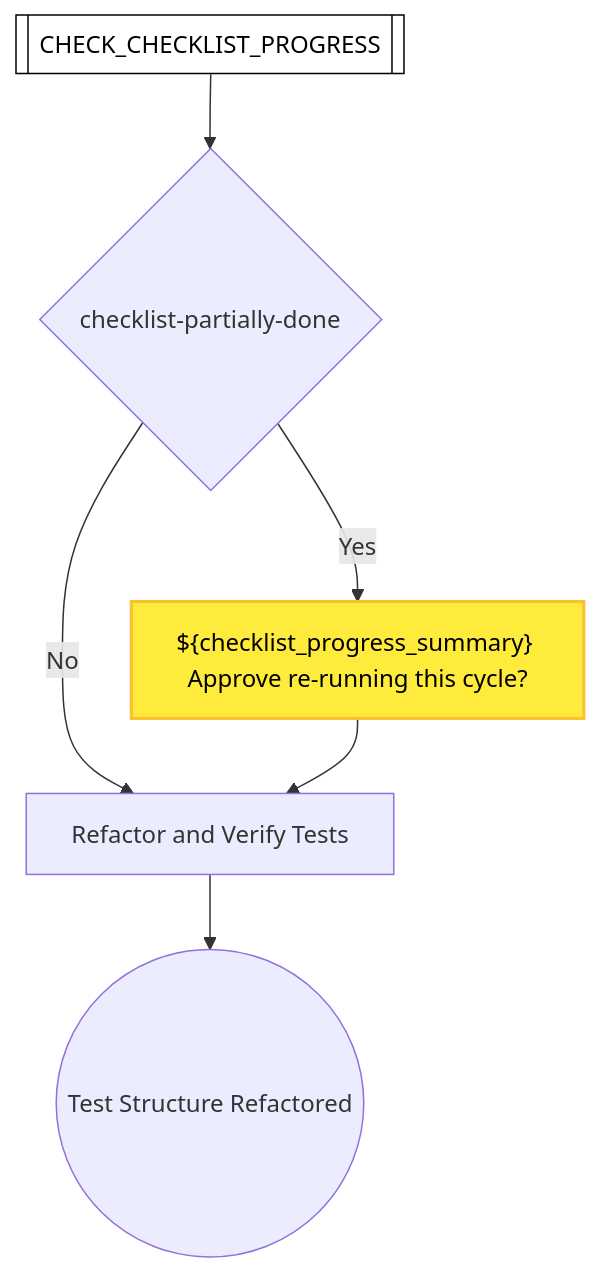
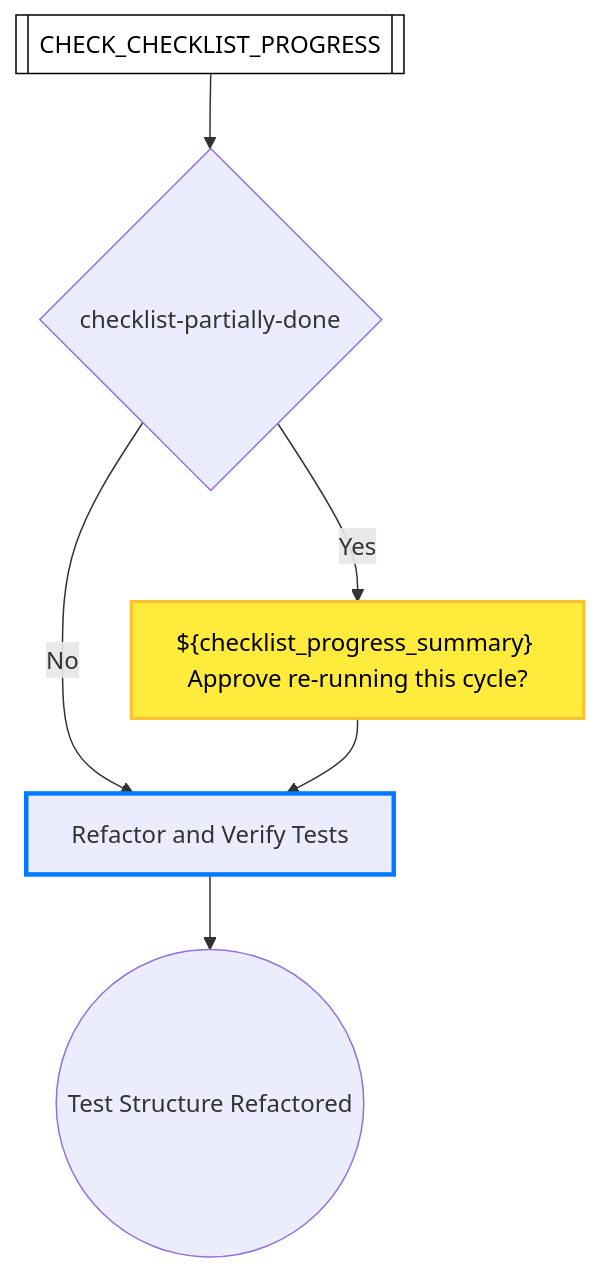
Before and after one commit to optivem/gh-optivem: diagram 12 of 54 in docs/process-diagram.md, drawn with Mermaid. The commit also changed other lines of this file and 47 other files, not shown here.

````diff
--- a/docs/process-diagram.md
+++ b/docs/process-diagram.md
@@ -294,20 +303,23 @@
 ```mermaid
 flowchart TD
     CHECK_CHECKLIST_PROGRESS[[CHECK_CHECKLIST_PROGRESS]]
     GATE_CHECKLIST_PARTIALLY_DONE{checklist-partially-done}
     REFACTOR_AND_VERIFY_TESTS[Refactor and Verify Tests]
     REFACTOR_TEST_STRUCTURE_END((Test Structure Refactored))
     STOP_CHECKLIST_PARTIALLY_DONE["${checklist_progress_summary} Approve re-running this cycle?"]
 
     CHECK_CHECKLIST_PROGRESS --> GATE_CHECKLIST_PARTIALLY_DONE
     GATE_CHECKLIST_PARTIALLY_DONE -- Yes --> STOP_CHECKLIST_PARTIALLY_DONE
     GATE_CHECKLIST_PARTIALLY_DONE -- No --> REFACTOR_AND_VERIFY_TESTS
     STOP_CHECKLIST_PARTIALLY_DONE --> REFACTOR_AND_VERIFY_TESTS
     REFACTOR_AND_VERIFY_TESTS --> REFACTOR_TEST_STRUCTURE_END
 
     classDef serviceNode fill:#ffffff,stroke:#000000,stroke-width:1px,color:#000000
     class CHECK_CHECKLIST_PROGRESS serviceNode
 
     classDef humanNode fill:#ffeb3b,stroke:#fbc02d,stroke-width:2px,color:#000000
     class STOP_CHECKLIST_PARTIALLY_DONE humanNode
+
+    classDef tddRefactorNode stroke:#007bff,stroke-width:3px
+    class REFACTOR_AND_VERIFY_TESTS tddRefactorNode
 ```
````
